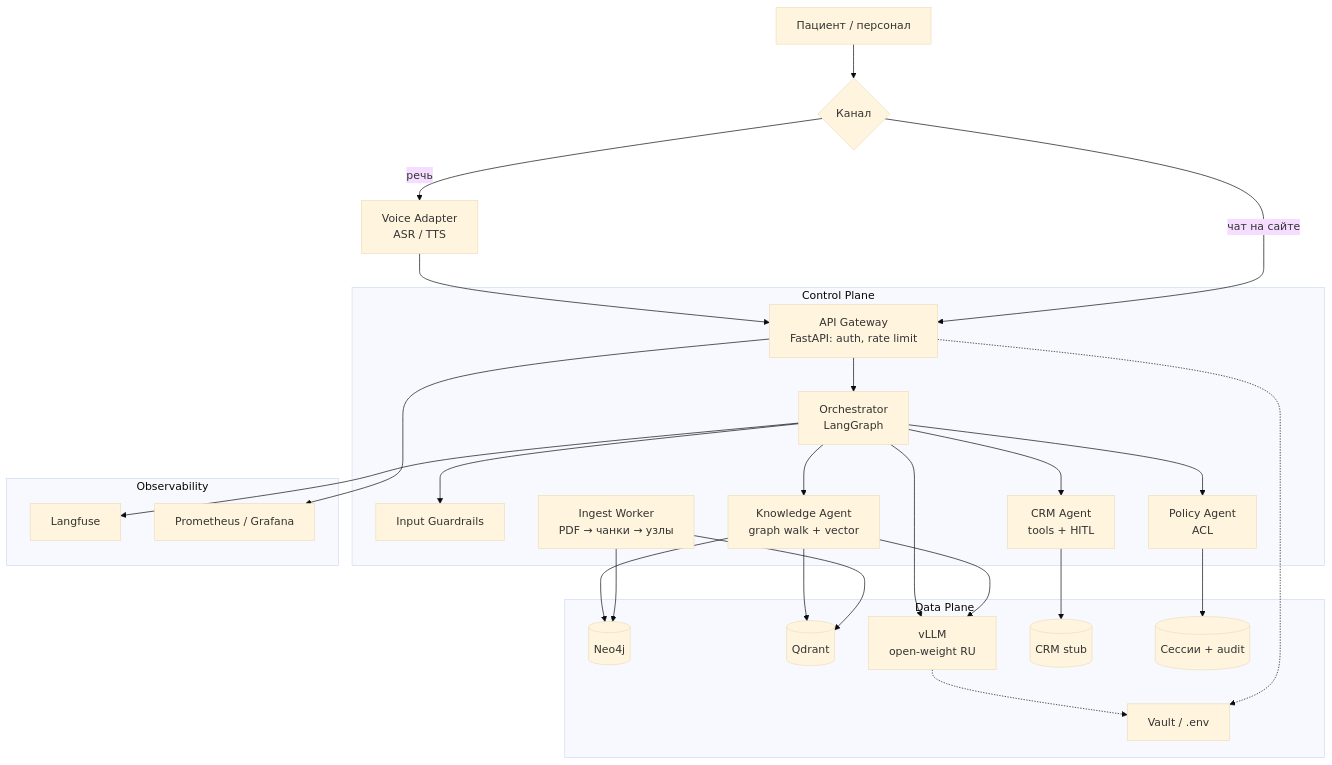
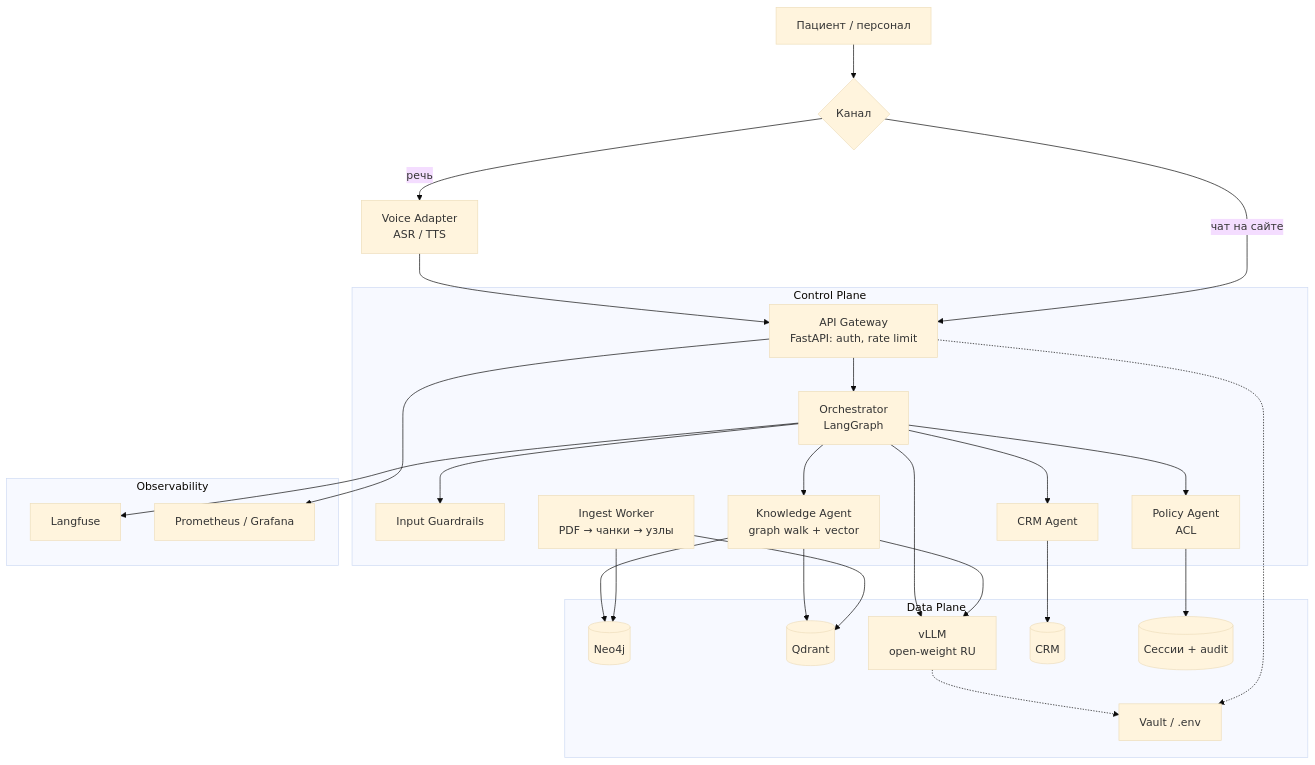
The second of 8 diagrams in final-project/README.md (divisee/otus-ai-architect), drawn with Mermaid (base theme) before and after one commit. The commit also changed other lines of this file, not shown here.

Commit message:
Call the booking system CRM on every diagram and drop the paired context table.

````diff
--- a/final-project/README.md
+++ b/final-project/README.md
@@ -226,43 +223,43 @@
 ```mermaid
 flowchart TB
     U[Пациент / персонал] --> CH{Канал}
     CH -->|речь| VG[Voice Adapter<br/>ASR / TTS]
     CH -->|чат на сайте| GW[API Gateway<br/>FastAPI: auth, rate limit]
     VG --> GW
 
     subgraph CP["Control Plane"]
         GW --> ORCH[Orchestrator<br/>LangGraph]
         ORCH --> IG[Input Guardrails]
         ORCH --> KN[Knowledge Agent<br/>graph walk + vector]
-        ORCH --> CRM_A[CRM Agent<br/>tools + HITL]
+        ORCH --> CRM_A[CRM Agent]
         ORCH --> POL[Policy Agent<br/>ACL]
         ING[Ingest Worker<br/>PDF → чанки → узлы]
     end
 
     subgraph DP["Data Plane"]
         NEO[(Neo4j)]
         QD[(Qdrant)]
         LLM[vLLM<br/>open-weight RU]
-        CRM[(CRM stub)]
+        CRM[(CRM)]
         VAULT[Vault / .env]
         SESS[(Сессии + audit)]
     end
 
     subgraph OBS["Observability"]
         LF[Langfuse]
         PR[Prometheus / Grafana]
     end
 
     ING --> NEO
     ING --> QD
     KN --> NEO
     KN --> QD
     KN --> LLM
     CRM_A --> CRM
     POL --> SESS
     ORCH --> LLM
     ORCH --> LF
     GW --> PR
     GW -.-> VAULT
     LLM -.-> VAULT
 ```
````
